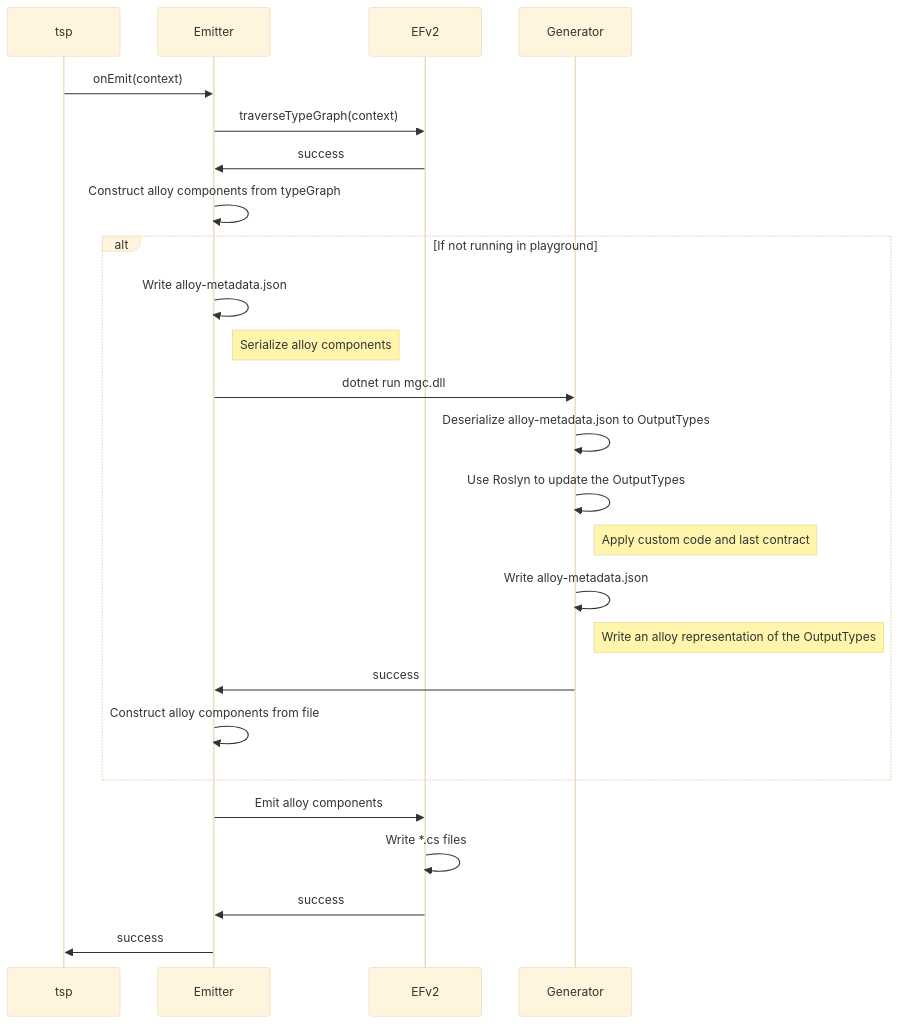
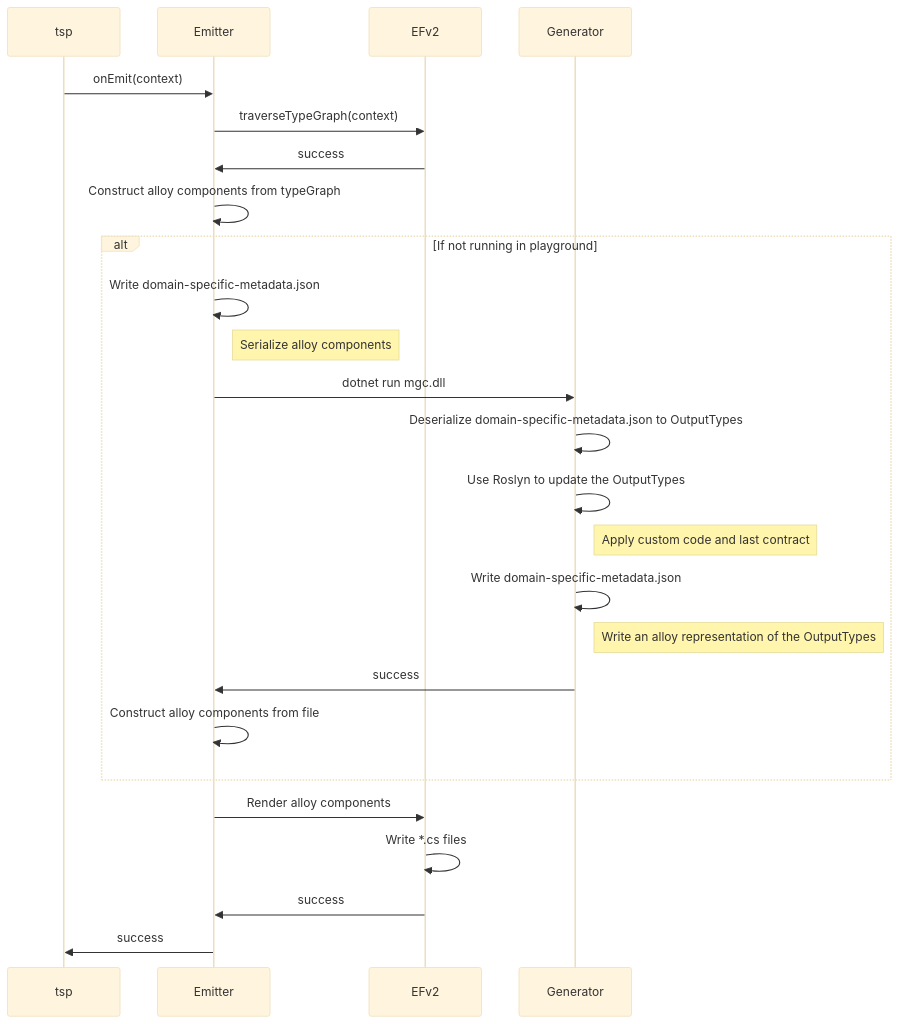
One commit to m-nash/typespec changed the third of 3 diagrams in packages/http-client-csharp/generator/docs/Efv2.md. Above: the diagram before and after it, drawn with Mermaid (base theme). The commit also changed other lines of this file, not shown here.

````diff
--- a/packages/http-client-csharp/generator/docs/Efv2.md
+++ b/packages/http-client-csharp/generator/docs/Efv2.md
@@ -466,27 +473,27 @@
 ```mermaid
 sequenceDiagram
     participant A as tsp
     participant B as Emitter
     participant D as EFv2
     participant E as Generator
     A->>B: onEmit(context)
     B->>D: traverseTypeGraph(context)
     D->>B: success
     B->>B: Construct alloy components from typeGraph
     alt If not running in playground
-        B->>B: Write alloy-metadata.json
+        B->>B: Write domain-specific-metadata.json
         Note right of B: Serialize alloy components
         B->>E: dotnet run mgc.dll
-        E->>E: Deserialize alloy-metadata.json to OutputTypes
+        E->>E: Deserialize domain-specific-metadata.json to OutputTypes
         E->>E: Use Roslyn to update the OutputTypes
         Note right of E: Apply custom code and last contract
-        E->>E: Write alloy-metadata.json
+        E->>E: Write domain-specific-metadata.json
         Note right of E: Write an alloy representation of the OutputTypes
         E->>B: success
         B->>B: Construct alloy components from file
     end
-    B->>D: Emit alloy components
+    B->>D: Render alloy components
     D->>D: Write *.cs files
     D->>B: success
     B->>A: success
 ```
````
